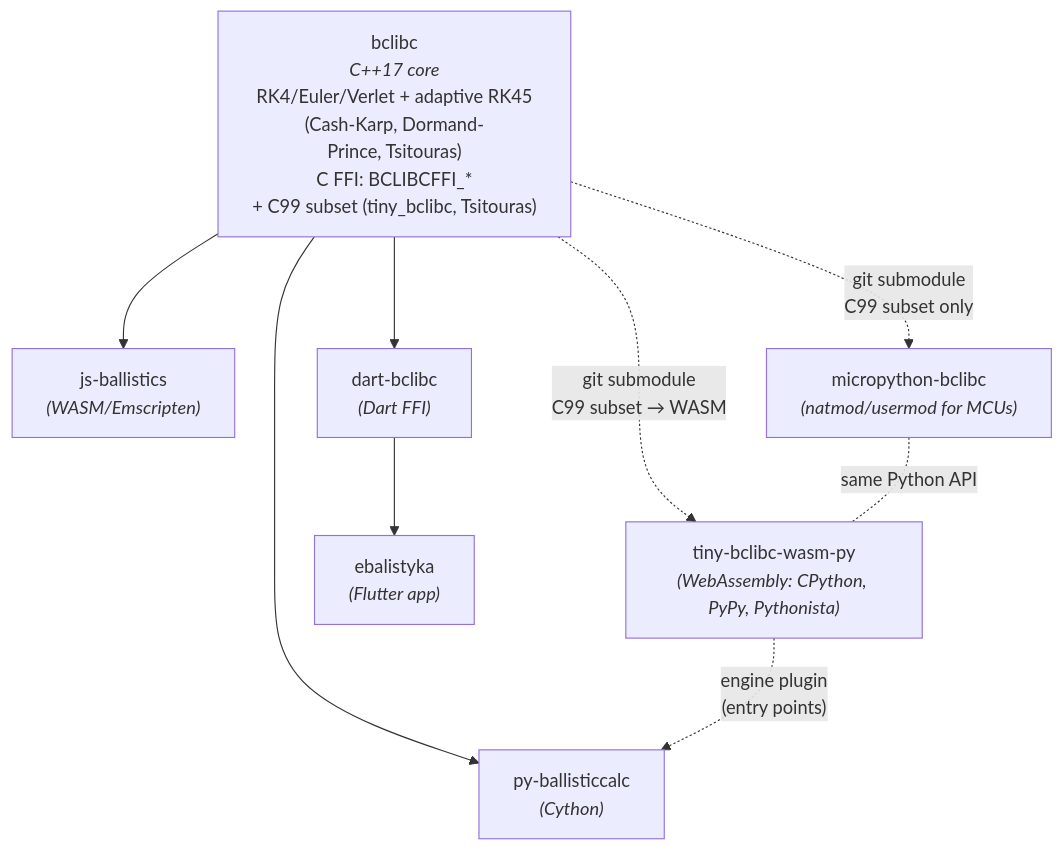
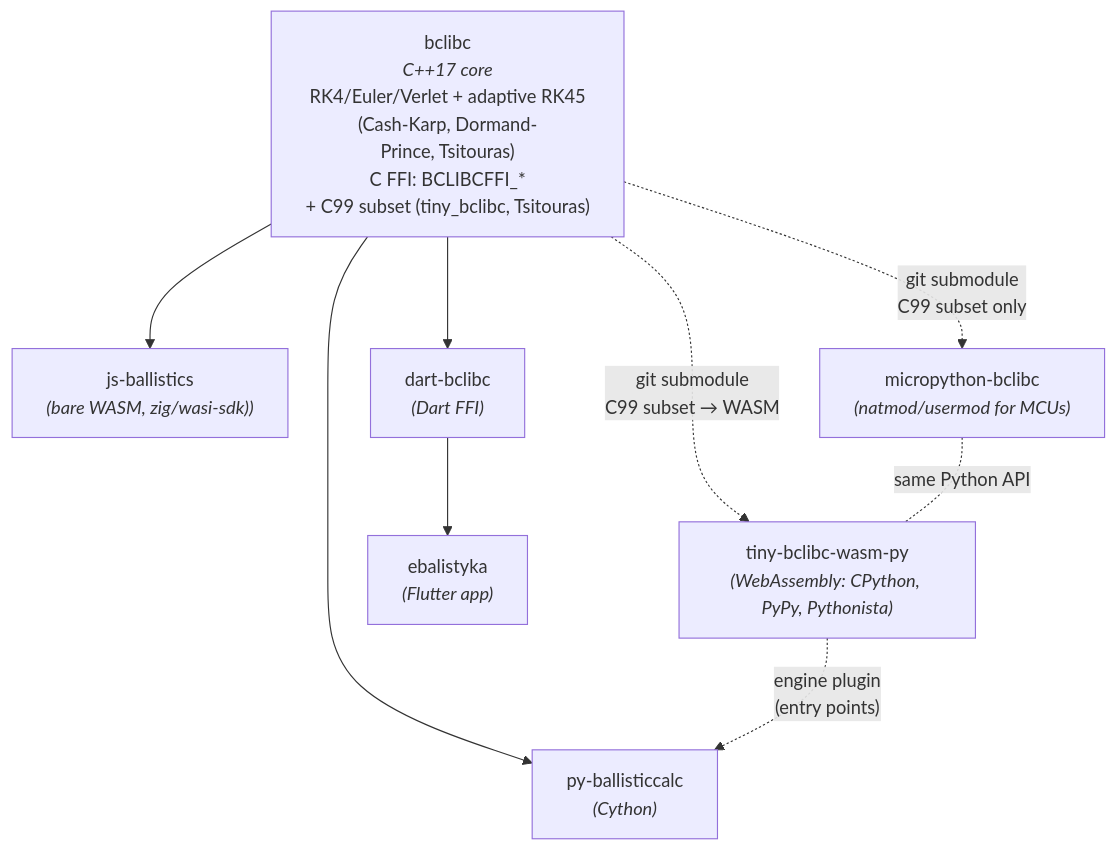
One commit to ballistics-lab/.github changed the first of 2 diagrams in profile/README.md. Above: the diagram before and after it, drawn with Mermaid. The commit also changed other lines of this file, not shown here.

Commit message:
Update README for js-ballistics and dart-bclibc

````diff
--- a/profile/README.md
+++ b/profile/README.md
@@ -23,13 +23,13 @@
 ```mermaid
 flowchart TD
     A["bclibc<br><i>C++17&nbsp;core</i><br>RK4/Euler/Verlet&nbsp;+&nbsp;adaptive&nbsp;RK45<br>(Cash-Karp,&nbsp;Dormand-Prince,&nbsp;Tsitouras)<br>C&nbsp;FFI:&nbsp;BCLIBCFFI_*<br>+&nbsp;C99&nbsp;subset&nbsp;(tiny_bclibc,&nbsp;Tsitouras)"]
 
     A --> B["py-ballisticcalc<br><i>(Cython)</i>"]
-    A --> C["js-ballistics<br><i>(WASM/Emscripten)</i>"]
+    A --> C["js-ballistics<br><i>(bare WASM, zig/wasi-sdk))</i>"]
     A --> D["dart-bclibc<br><i>(Dart FFI)</i>"]
     A -.->|"git submodule<br>C99 subset only"| E["micropython-bclibc<br><i>(natmod/usermod for MCUs)</i>"]
     A -.->|"git submodule<br>C99 subset → WASM"| T["tiny-bclibc-wasm-py<br><i>(WebAssembly: CPython, PyPy, Pythonista)</i>"]
     T -.->|"engine plugin<br>(entry points)"| B
     E -.-|"same Python API"| T
     D --> F["ebalistyka<br><i>(Flutter app)</i>"]
 ```
````
